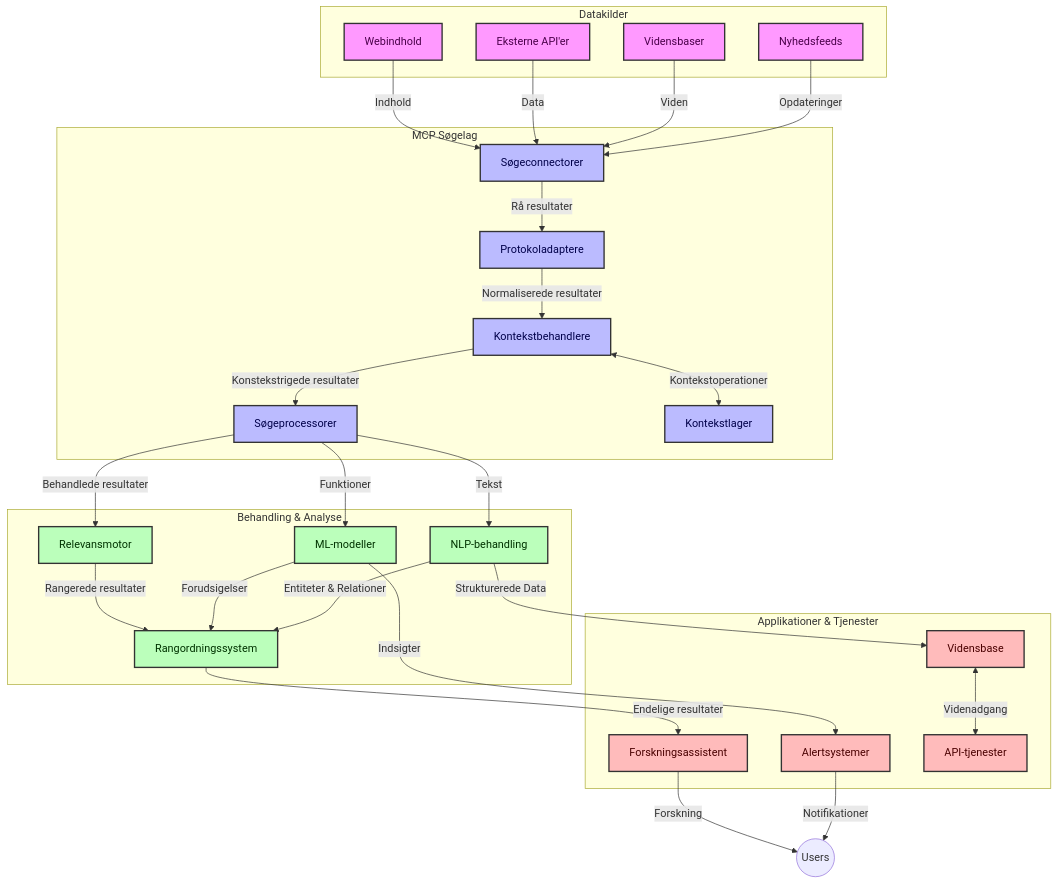
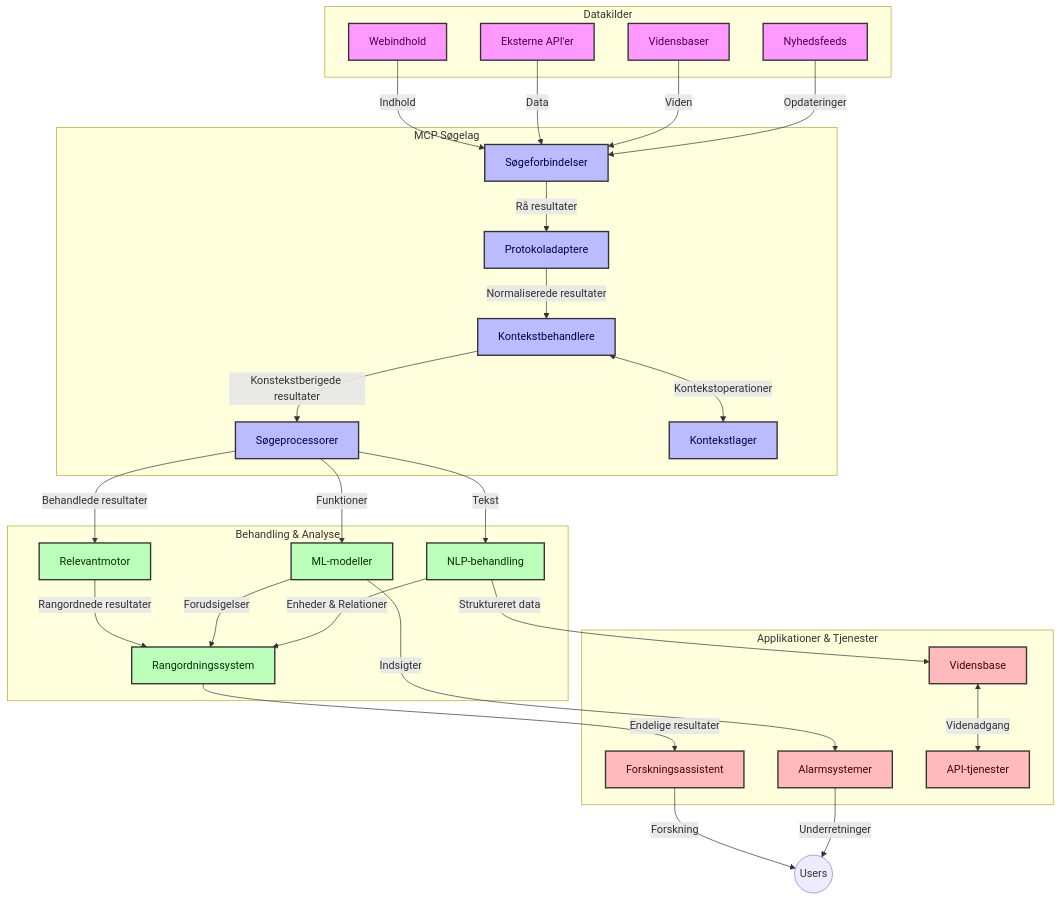
One commit to microsoft/mcp-for-beginners changed the first of 4 diagrams in translations/da/05-AdvancedTopics/mcp-realtimesearch/README.md. Above: the diagram before and after it, drawn with Mermaid. The commit also changed other lines of this file and 156 other files, not shown here.

````diff
--- a/translations/da/05-AdvancedTopics/mcp-realtimesearch/README.md
+++ b/translations/da/05-AdvancedTopics/mcp-realtimesearch/README.md
@@ -109,66 +109,66 @@
 ```mermaid
 graph TD
     subgraph "Datakilder"
         Web[Webindhold]
         APIs[Eksterne API'er]
         DB[Vidensbaser]
         News[Nyhedsfeeds]
     end
 
     subgraph "MCP Søgelag"
-        SC[Søgeconnectorer]
+        SC[Søgeforbindelser]
         PA[Protokoladaptere]
         CH[Kontekstbehandlere]
         SP[Søgeprocessorer]
         CS[Kontekstlager]
     end
 
     subgraph "Behandling & Analyse"
-        RE[Relevansmotor]
+        RE[Relevantmotor]
         ML[ML-modeller]
         NLP[NLP-behandling]
         Rank[Rangordningssystem]
     end
 
     subgraph "Applikationer & Tjenester"
         RA[Forskningsassistent]
-        Alerts[Alertsystemer]
+        Alerts[Alarmsystemer]
         KB[Vidensbase]
         API[API-tjenester]
     end
 
     Web -->|Indhold| SC
     APIs -->|Data| SC
     DB -->|Viden| SC
     News -->|Opdateringer| SC
     
     SC -->|Rå resultater| PA
     PA -->|Normaliserede resultater| CH
     CH <-->|Kontekstoperationer| CS
-    CH -->|Konstekstrigede resultater| SP
+    CH -->|Konstekstberigede resultater| SP
     SP -->|Behandlede resultater| RE
     SP -->|Funktioner| ML
     SP -->|Tekst| NLP
     
-    RE -->|Rangerede resultater| Rank
+    RE -->|Rangordnede resultater| Rank
     ML -->|Forudsigelser| Rank
-    NLP -->|Entiteter & Relationer| Rank
+    NLP -->|Enheder & Relationer| Rank
     
     Rank -->|Endelige resultater| RA
     ML -->|Indsigter| Alerts
-    NLP -->|Strukturerede Data| KB
+    NLP -->|Struktureret data| KB
     
     RA -->|Forskning| Users((Users))
-    Alerts -->|Notifikationer| Users
+    Alerts -->|Underretninger| Users
     KB <-->|Videnadgang| API
 
     classDef sources fill:#f9f,stroke:#333,stroke-width:2px,color:#4a004a
     classDef mcp fill:#bbf,stroke:#333,stroke-width:2px,color:#00004a
     classDef processing fill:#bfb,stroke:#333,stroke-width:2px,color:#003300
     classDef apps fill:#fbb,stroke:#333,stroke-width:2px,color:#4a0000
     
     class Web,APIs,DB,News sources
     class SC,PA,CH,SP,CS mcp
     class RE,ML,NLP,Rank processing
     class RA,Alerts,KB,API apps
 ```
````
